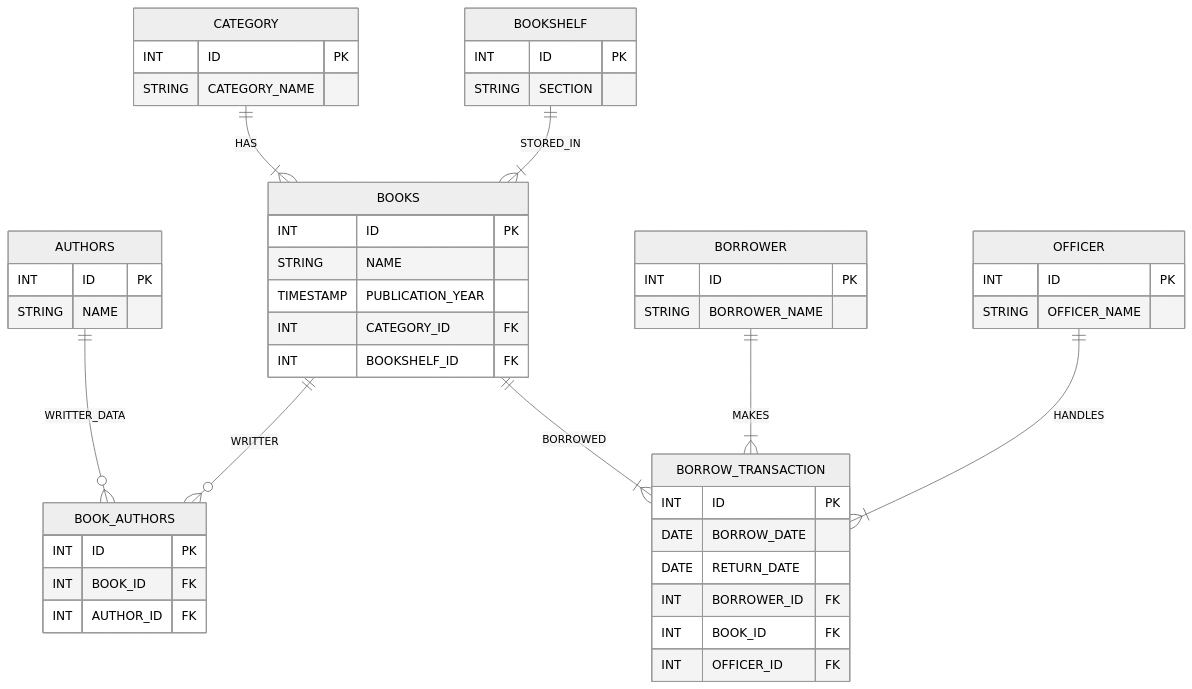
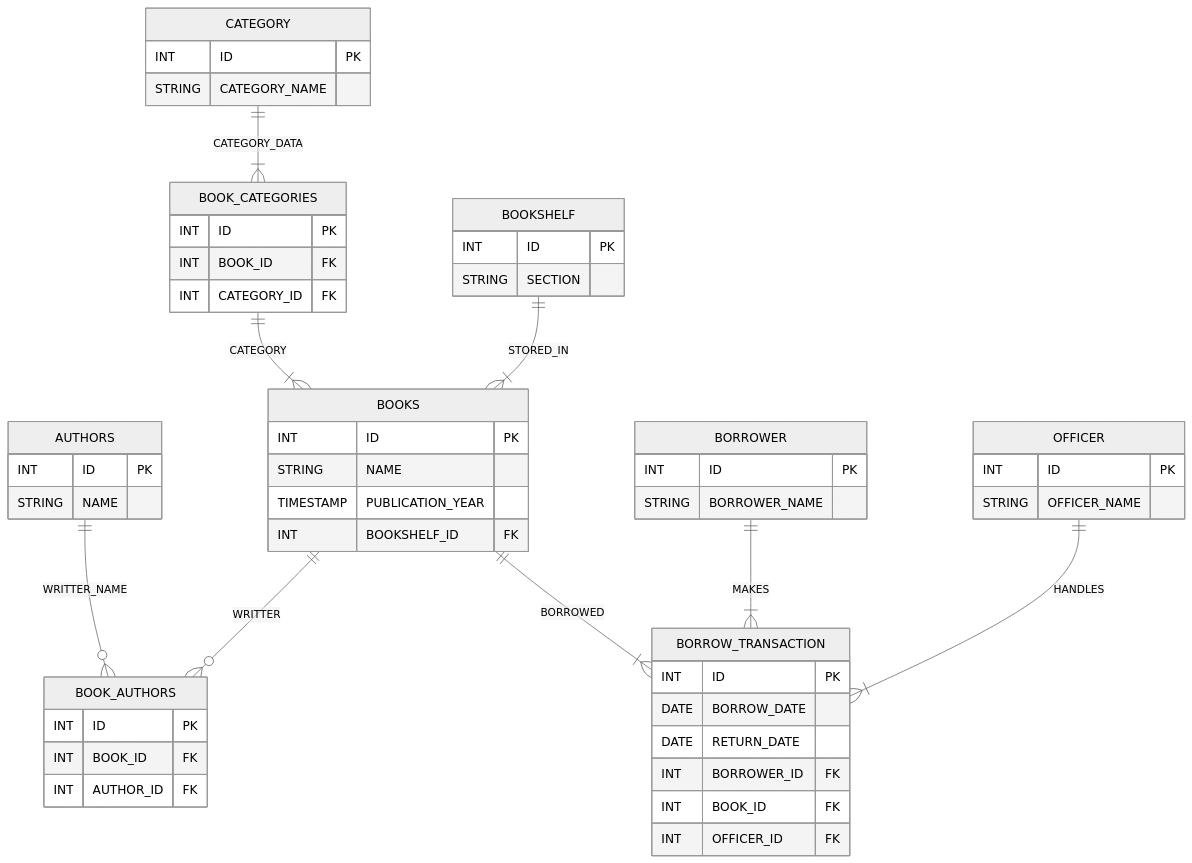
Before and after one commit to VirgilIw/koda-b6-db1: the diagram in minitask1/Readme.md, drawn with Mermaid (neutral theme).

Commit message:
Add BOOK_CATEGORIES table and update relationships

````diff
--- a/minitask1/Readme.md
+++ b/minitask1/Readme.md
@@ -3,61 +3,67 @@
 ```mermaid
 erDiagram
 
 BOOKS {
     INT ID PK
     STRING NAME
     TIMESTAMP PUBLICATION_YEAR
-    INT CATEGORY_ID FK
     INT BOOKSHELF_ID FK
 }
 
 BOOK_AUTHORS {
     INT ID PK
     INT BOOK_ID FK
     INT AUTHOR_ID FK 
 }
 
 AUTHORS {
     INT ID PK
     STRING NAME
+}
+
+BOOK_CATEGORIES {
+    INT ID PK
+    INT BOOK_ID FK
+    INT CATEGORY_ID FK
 }
 
 CATEGORY {
     INT ID PK
     STRING CATEGORY_NAME
 }
 
 BOOKSHELF{
     INT ID PK
     STRING SECTION
 }
 
 OFFICER {
     INT ID PK
     STRING OFFICER_NAME
 }
 
 BORROWER {
     INT ID PK
     STRING BORROWER_NAME
 }
 
 BORROW_TRANSACTION {
     INT ID PK
     DATE BORROW_DATE
     DATE RETURN_DATE
     INT BORROWER_ID FK
     INT BOOK_ID FK
     INT OFFICER_ID FK
 }
 
-CATEGORY ||--|{ BOOKS : HAS
+CATEGORY ||--|{ BOOK_CATEGORIES : CATEGORY_DATA
+BOOK_CATEGORIES ||--|{ BOOKS : CATEGORY
 BOOKSHELF ||--|{ BOOKS : STORED_IN
 BOOKS ||--|{ BORROW_TRANSACTION : BORROWED
-AUTHORS ||--o{ BOOK_AUTHORS : WRITTER_DATA
+AUTHORS ||--o{ BOOK_AUTHORS : WRITTER_NAME
 BOOKS ||--o{ BOOK_AUTHORS : WRITTER
 BORROWER ||--|{ BORROW_TRANSACTION : MAKES
 OFFICER ||--|{ BORROW_TRANSACTION : HANDLES
 
 
 ```
````
